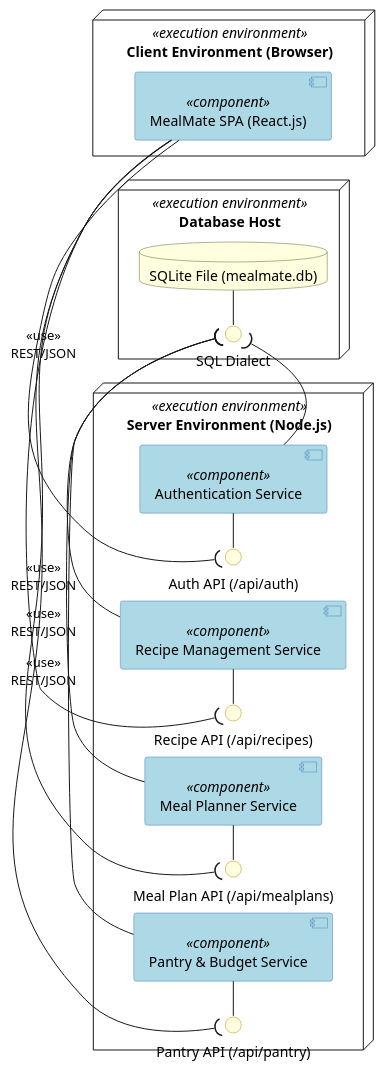
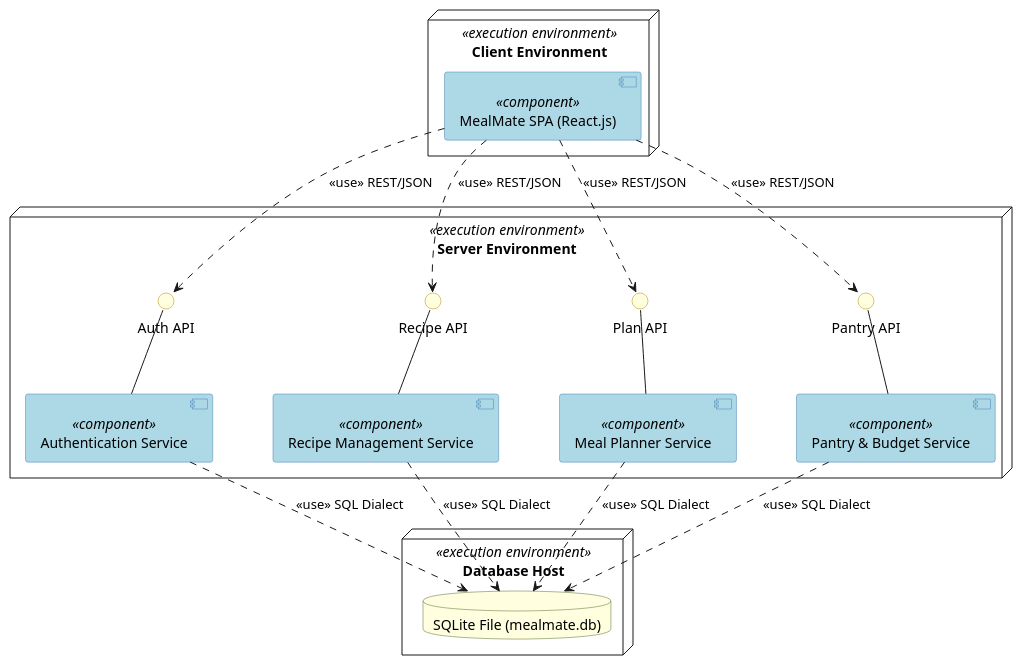
The second of 4 diagrams in docs/UML_DIAGRAMS.md (OmarIUBH/software-engineering-project), drawn with PlantUML before and after one commit. The commit also changed 1 other file, not shown here.

Commit message:
docs: redesign component diagram to strict top-down layout

````diff
--- a/docs/UML_DIAGRAMS.md
+++ b/docs/UML_DIAGRAMS.md
@@ -66,57 +66,55 @@
 ```plantuml
 @startuml MealMate_ComponentDiagram
-left to right direction
 skinparam componentStyle uml2
+skinparam nodesep 60
+skinparam ranksep 60
 skinparam component {
   BackgroundColor LightBlue
   BorderColor SteelBlue
 }
 skinparam interface {
   BackgroundColor LightYellow
   BorderColor DarkGoldenRod
 }
 skinparam database {
   BackgroundColor LightYellow
   BorderColor DarkOliveGreen
 }
 
-node "Client Environment (Browser)" <<execution environment>> {
+node "Client Environment" <<execution environment>> {
   component "MealMate SPA (React.js)" as Client <<component>>
 }
 
-node "Server Environment (Node.js)" <<execution environment>> {
-  interface "Auth API (/api/auth)" as IAuth
-  interface "Recipe API (/api/recipes)" as IRecipes
-  interface "Meal Plan API (/api/mealplans)" as IPlans
-  interface "Pantry API (/api/pantry)" as IPantry
+node "Server Environment" <<execution environment>> {
+  interface "Auth API" as IAuth
+  interface "Recipe API" as IRecipes
+  interface "Plan API" as IPlans
+  interface "Pantry API" as IPantry
 
   component "Authentication Service" as AuthService <<component>>
   component "Recipe Management Service" as RecipeService <<component>>
   component "Meal Planner Service" as PlannerService <<component>>
   component "Pantry & Budget Service" as PantryService <<component>>
 
-  IAuth - AuthService
-  IRecipes - RecipeService
-  IPlans - PlannerService
-  IPantry - PantryService
+  IAuth -down- AuthService
+  IRecipes -down- RecipeService
+  IPlans -down- PlannerService
+  IPantry -down- PantryService
 }
 
 node "Database Host" <<execution environment>> {
-  interface "SQL Dialect" as ISQL
   database "SQLite File (mealmate.db)" as DB
-  
-  ISQL - DB
 }
 
-Client -( IAuth : <<use>>\nREST/JSON
-Client -( IRecipes : <<use>>\nREST/JSON
-Client -( IPlans : <<use>>\nREST/JSON
-Client -( IPantry : <<use>>\nREST/JSON
+Client ..> IAuth : <<use>> REST/JSON
+Client ..> IRecipes : <<use>> REST/JSON
+Client ..> IPlans : <<use>> REST/JSON
+Client ..> IPantry : <<use>> REST/JSON
 
-AuthService -( ISQL
-RecipeService -( ISQL
-PlannerService -( ISQL
-PantryService -( ISQL
+AuthService ..> DB : <<use>> SQL Dialect
+RecipeService ..> DB : <<use>> SQL Dialect
+PlannerService ..> DB : <<use>> SQL Dialect
+PantryService ..> DB : <<use>> SQL Dialect
 
 @enduml
 ```
````
